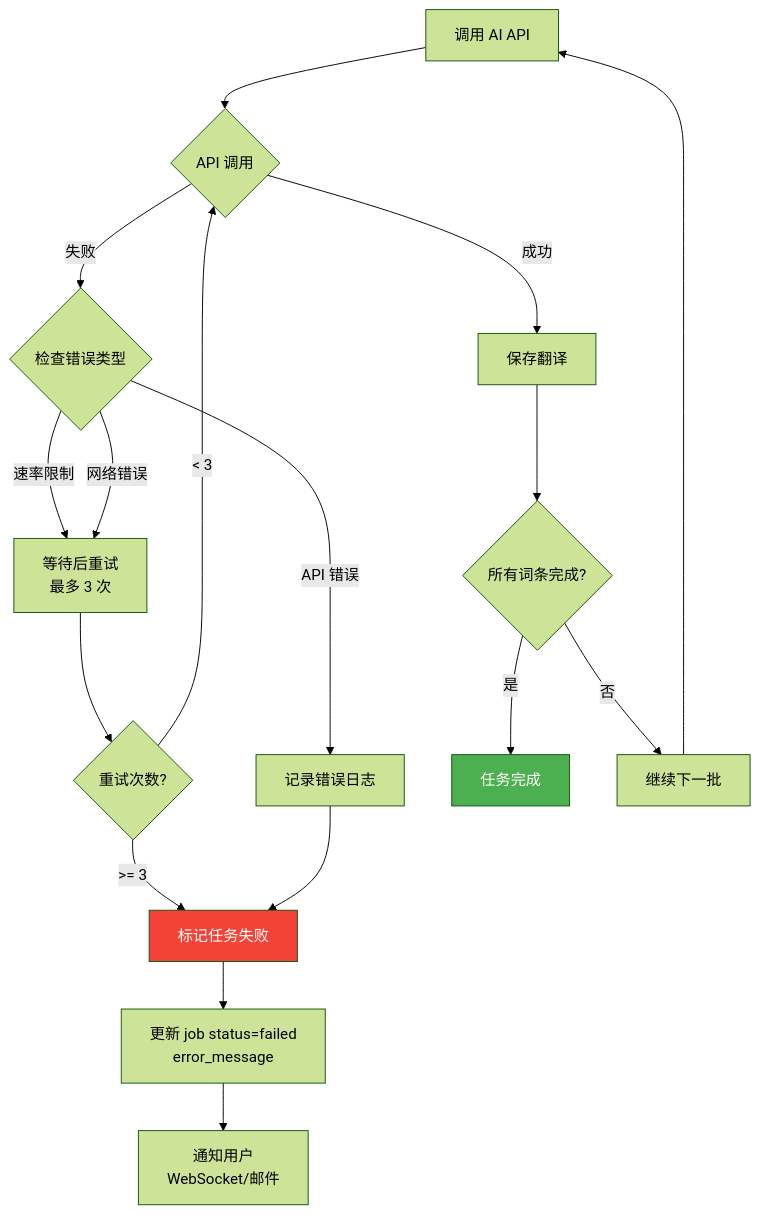
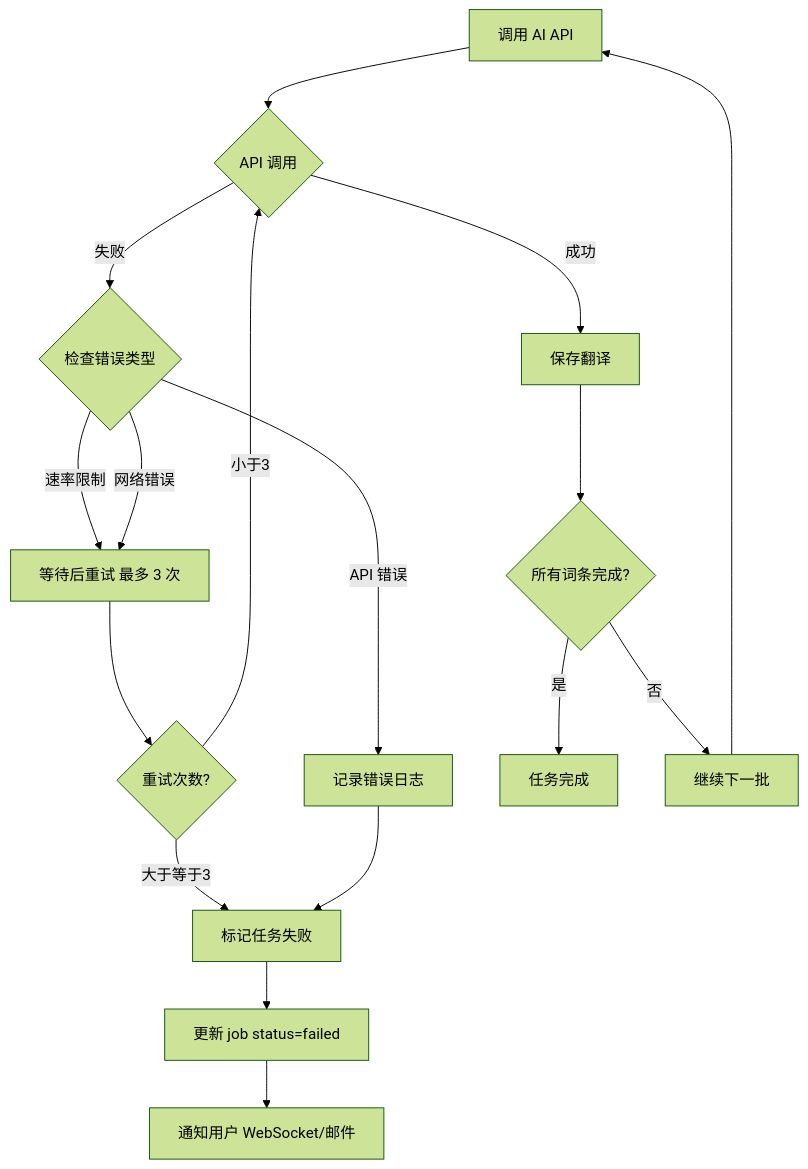
One commit to zhaotoday/translatex changed diagram 16 of 19 in workflows-diagrams.md. Above: the diagram before and after it, drawn with Mermaid (forest theme). The commit also changed other lines of this file and 5 other files, not shown here.

````diff
--- a/workflows-diagrams.md
+++ b/workflows-diagrams.md
@@ -495,29 +463,26 @@
 ```mermaid
 flowchart TD
     Start[调用 AI API] --> Try{API 调用}
     
     Try -->|成功| SaveTranslation[保存翻译]
     Try -->|失败| CheckError{检查错误类型}
     
-    CheckError -->|速率限制| Retry[等待后重试<br/>最多 3 次]
+    CheckError -->|速率限制| Retry[等待后重试 最多 3 次]
     CheckError -->|网络错误| Retry
     CheckError -->|API 错误| LogError[记录错误日志]
     
     Retry --> RetryCount{重试次数?}
-    RetryCount -->|< 3| Try
-    RetryCount -->|>= 3| MarkFailed[标记任务失败]
+    RetryCount -->|小于3| Try
+    RetryCount -->|大于等于3| MarkFailed[标记任务失败]
     
     LogError --> MarkFailed
-    MarkFailed --> UpdateJob[更新 job status=failed<br/>error_message]
+    MarkFailed --> UpdateJob[更新 job status=failed]
     
-    UpdateJob --> NotifyUser[通知用户<br/>WebSocket/邮件]
+    UpdateJob --> NotifyUser[通知用户 WebSocket/邮件]
     
     SaveTranslation --> CheckComplete{所有词条完成?}
     CheckComplete -->|是| Success[任务完成]
     CheckComplete -->|否| Continue[继续下一批]
     
     Continue --> Start
-    
-    style Success fill:#4CAF50,color:#fff
-    style MarkFailed fill:#f44336,color:#fff
 ```
````
